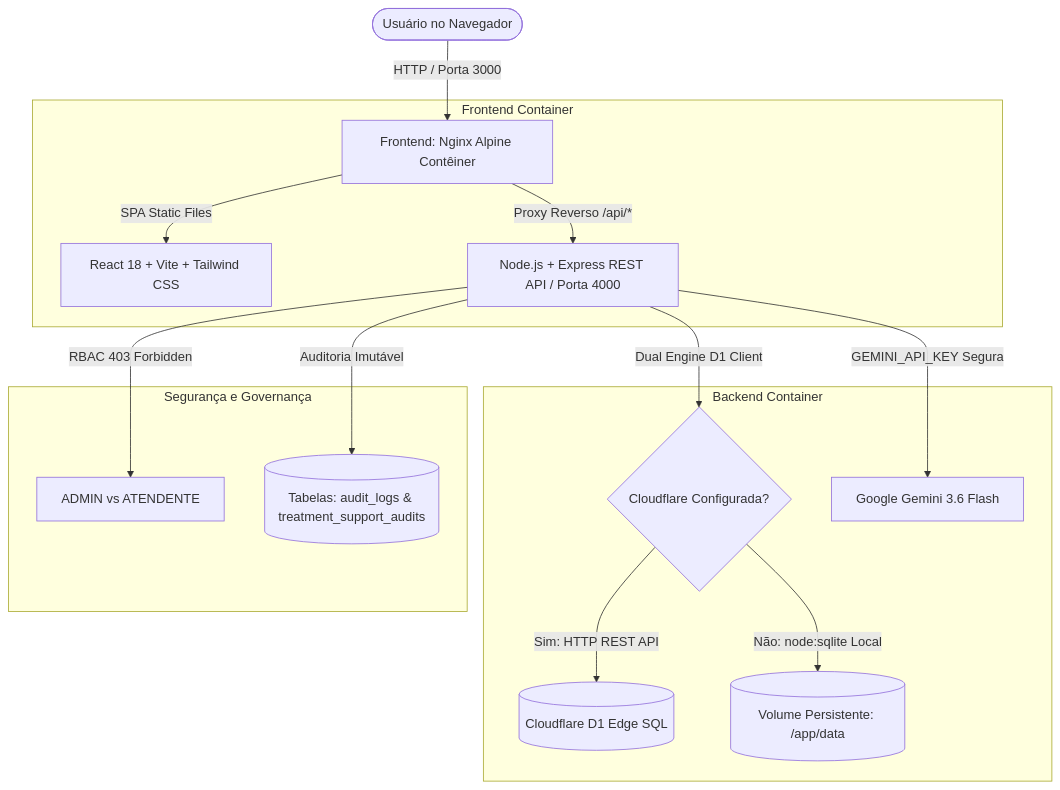
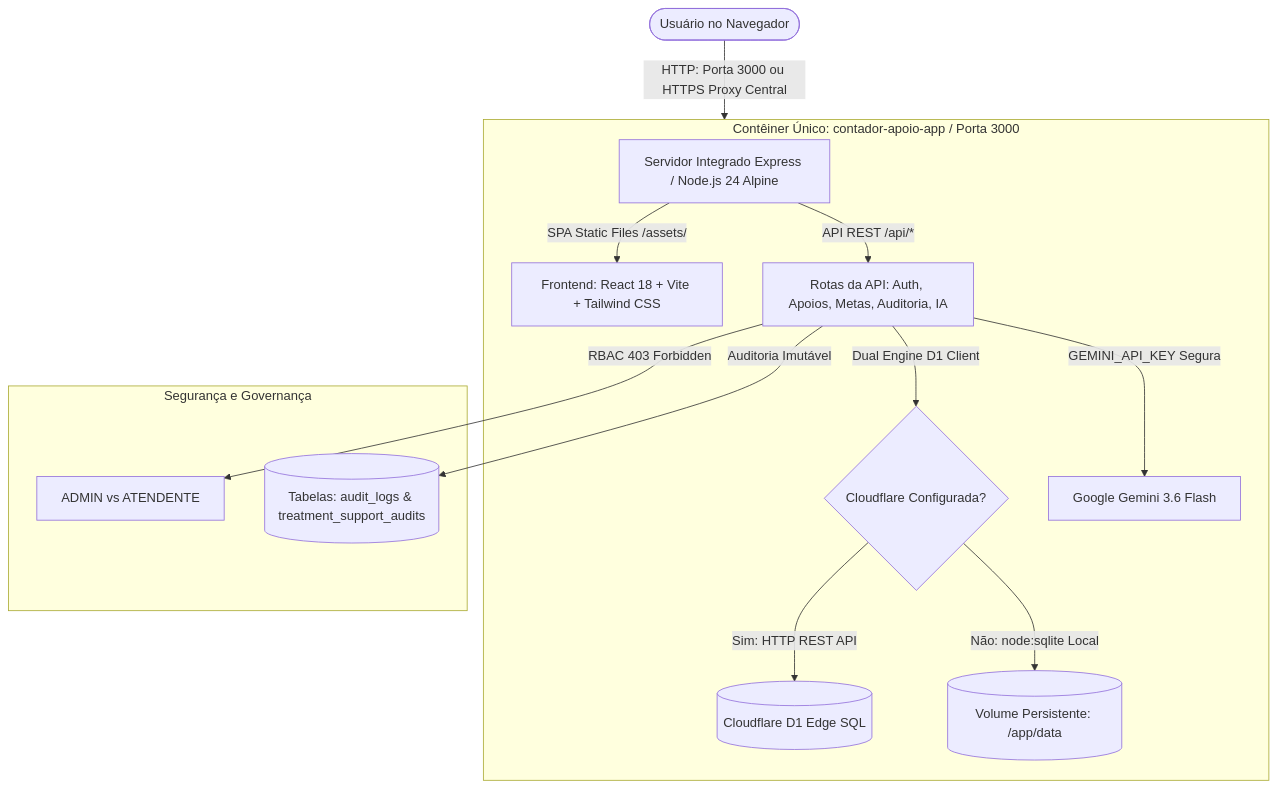
Before and after one commit to maxwellrodriguesferreira/contador-apoio-tratamento: the diagram in ARCHITECTURE.md, drawn with Mermaid. The commit also changed other lines of this file and 12 other files, not shown here.

Commit message:
refactor: consolida frontend e backend em contêiner único e adiciona manual de deploy VPS

````diff
--- a/ARCHITECTURE.md
+++ b/ARCHITECTURE.md
@@ -11,23 +11,22 @@
 ```mermaid
 flowchart TD
-    User([Usuário no Navegador]) -->|HTTP / Porta 3000| Nginx[Frontend: Nginx Alpine Contêiner]
-    
-    subgraph Frontend Container
-        Nginx -->|SPA Static Files| ReactApp[React 18 + Vite + Tailwind CSS]
-        Nginx -->|Proxy Reverso /api/*| BackendAPI
-    end
+    User([Usuário no Navegador]) -->|HTTP: Porta 3000 ou HTTPS Proxy Central| AppContainer
 
-    subgraph Backend Container
-        BackendAPI[Node.js + Express REST API / Porta 4000]
-        BackendAPI -->|Dual Engine D1 Client| D1Driver{Cloudflare Configurada?}
+    subgraph AppContainer [Contêiner Único: contador-apoio-app / Porta 3000]
+        Server[Servidor Integrado Express / Node.js 24 Alpine]
+        
+        Server -->|SPA Static Files /assets/| ReactApp[Frontend: React 18 + Vite + Tailwind CSS]
+        Server -->|API REST /api/*| APIRoutes[Rotas da API: Auth, Apoios, Metas, Auditoria, IA]
+        
+        APIRoutes -->|Dual Engine D1 Client| D1Driver{Cloudflare Configurada?}
         D1Driver -->|Sim: HTTP REST API| CloudflareD1[(Cloudflare D1 Edge SQL)]
         D1Driver -->|Não: node:sqlite Local| SQLiteFile[(Volume Persistente: /app/data)]
         
-        BackendAPI -->|GEMINI_API_KEY Segura| GeminiAPI[Google Gemini 3.6 Flash]
+        APIRoutes -->|GEMINI_API_KEY Segura| GeminiAPI[Google Gemini 3.6 Flash]
     end
 
     subgraph Segurança e Governança
-        BackendAPI -->|RBAC 403 Forbidden| RBACPolicy[ADMIN vs ATENDENTE]
-        BackendAPI -->|Auditoria Imutável| AuditDB[(Tabelas: audit_logs & treatment_support_audits)]
+        APIRoutes -->|RBAC 403 Forbidden| RBACPolicy[ADMIN vs ATENDENTE]
+        APIRoutes -->|Auditoria Imutável| AuditDB[(Tabelas: audit_logs & treatment_support_audits)]
     end
 ```
````
